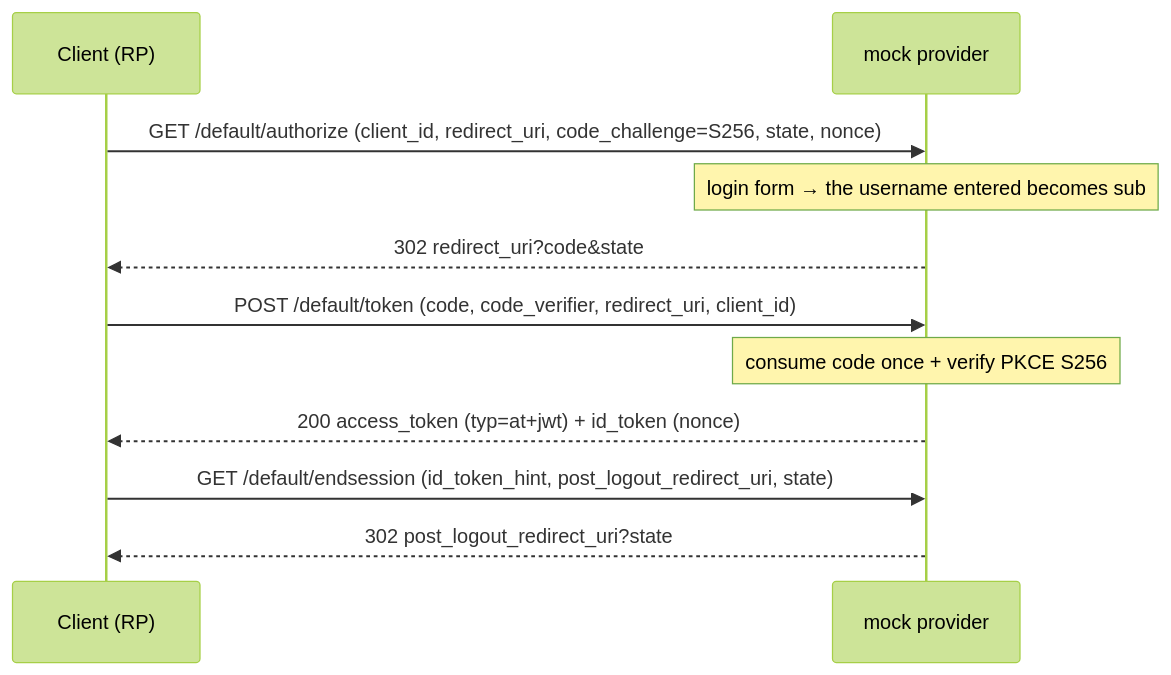
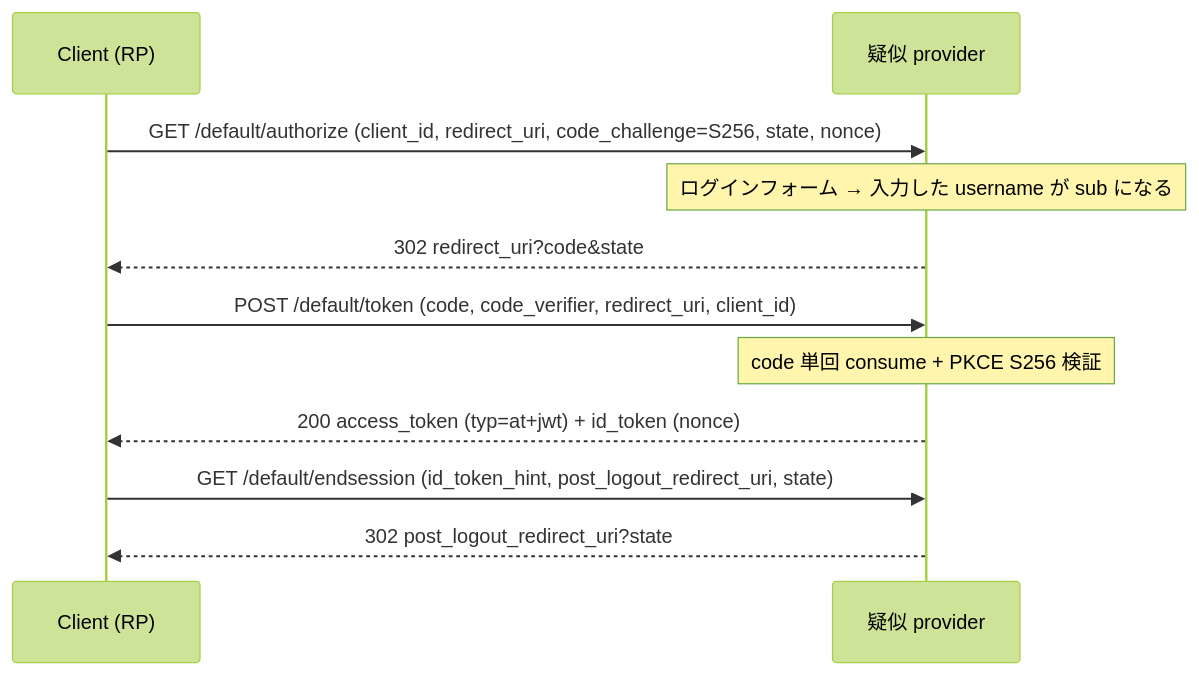
Before and after one commit to Tomy-ch/go-boilerplate: the third of 3 diagrams in docs/design/auth.md, drawn with Mermaid (forest theme). The commit also changed other lines of this file and 970 other files, not shown here.

````diff
--- a/docs/design/auth.md
+++ b/docs/design/auth.md
@@ -121,13 +121,13 @@
 ```mermaid
 sequenceDiagram
     participant C as Client (RP)
-    participant M as mock provider
+    participant M as 疑似 provider
     C->>M: GET /default/authorize (client_id, redirect_uri, code_challenge=S256, state, nonce)
-    Note over M: login form → the username entered becomes sub
+    Note over M: ログインフォーム → 入力した username が sub になる
     M-->>C: 302 redirect_uri?code&state
     C->>M: POST /default/token (code, code_verifier, redirect_uri, client_id)
-    Note over M: consume code once + verify PKCE S256
+    Note over M: code 単回 consume + PKCE S256 検証
     M-->>C: 200 access_token (typ=at+jwt) + id_token (nonce)
     C->>M: GET /default/endsession (id_token_hint, post_logout_redirect_uri, state)
     M-->>C: 302 post_logout_redirect_uri?state
 ```
````
